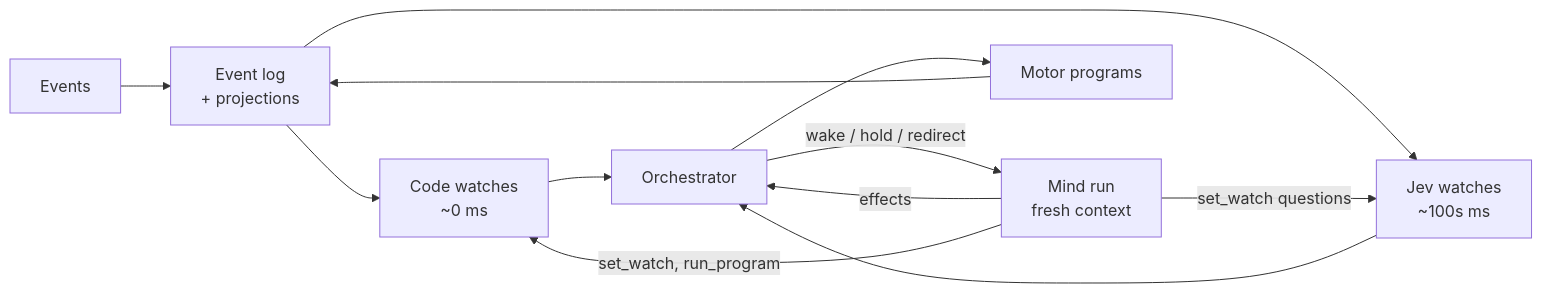
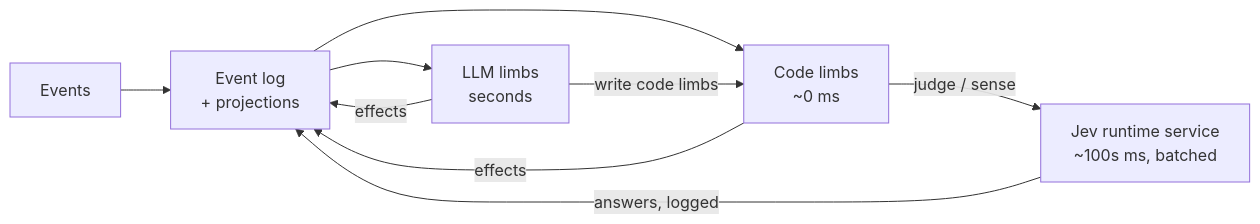
The diagram in entity/docs/architecture.md (nerfZael/drone), drawn with Mermaid before and after one commit. The commit also changed other lines of this file and 62 other files, not shown here.

````diff
--- a/entity/docs/architecture.md
+++ b/entity/docs/architecture.md
@@ -5,13 +5,11 @@
 ```mermaid
 flowchart LR
-  E[Events] --> R[Event log<br/>+ projections]
-  R --> C[Code watches<br/>~0 ms]
-  R --> J[Jev watches<br/>~100s ms]
-  C --> O[Orchestrator]
-  J --> O
-  O -->|wake / hold / redirect| M[Mind run<br/>fresh context]
-  M -->|effects| O
-  M -->|set_watch, run_program| C
-  M -->|set_watch questions| J
-  O --> P[Motor programs] --> R
+  E[Events] --> L[Event log<br/>+ projections]
+  L --> C[Code limbs<br/>~0 ms]
+  C -->|judge / sense| J[Jev runtime service<br/>~100s ms, batched]
+  J -->|answers, logged| L
+  C -->|effects| L
+  L --> M[LLM limbs<br/>seconds]
+  M -->|write code limbs| C
+  M -->|effects| L
 ```
````
